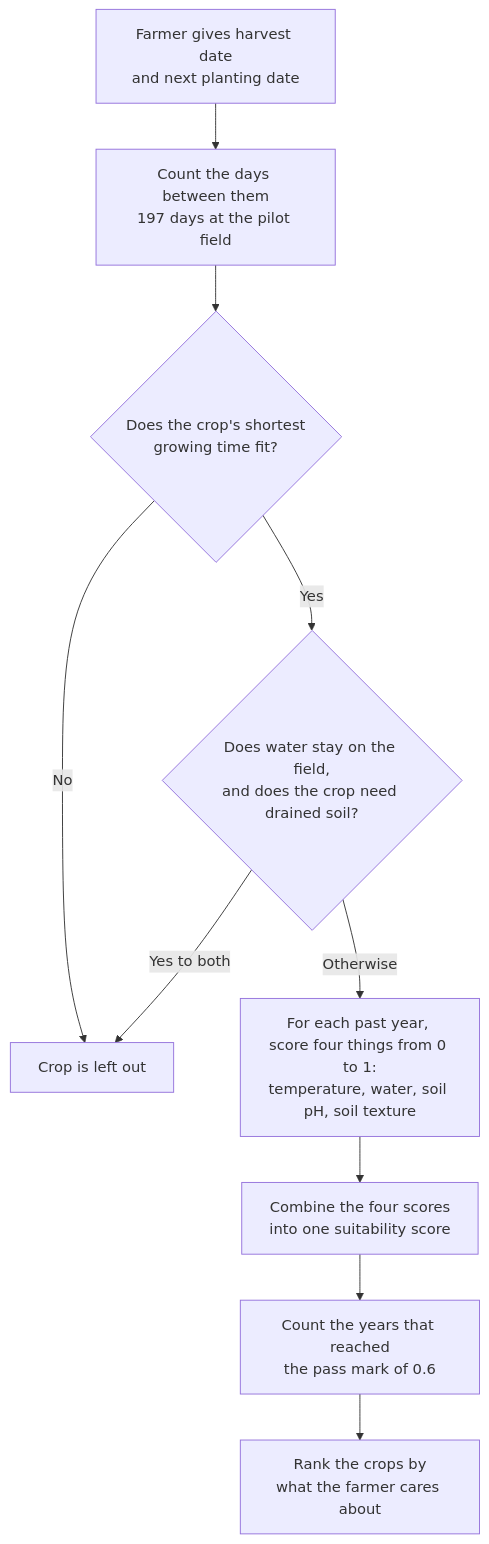
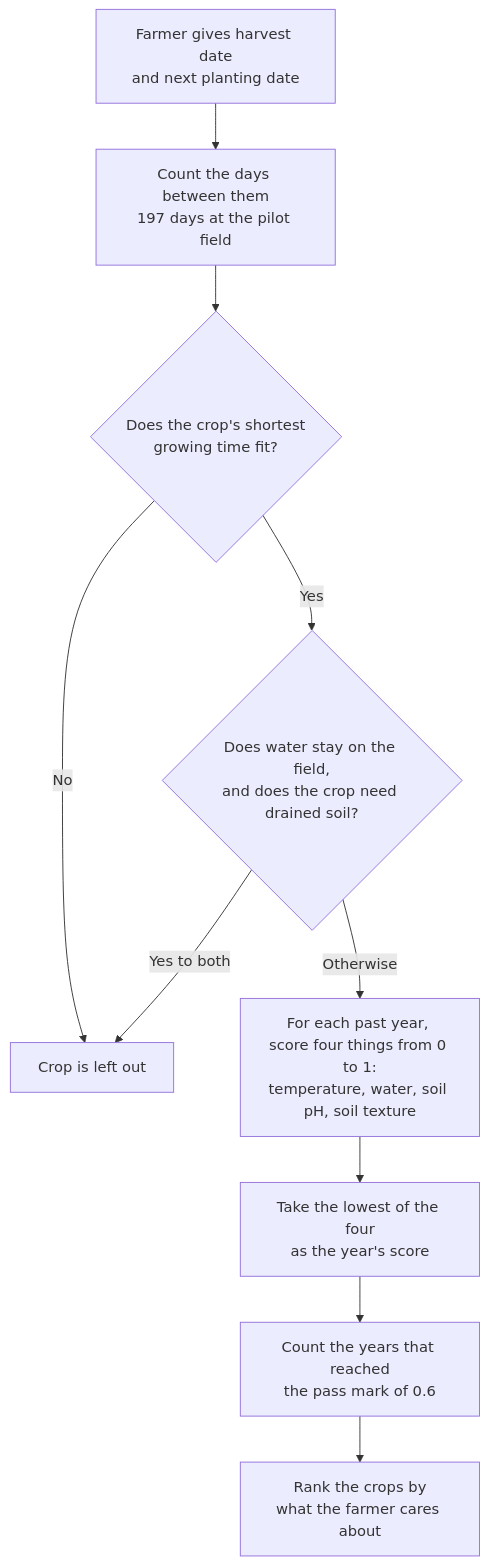
One commit to GizaRoi/aninow-klima changed the first of 2 diagrams in docs/Model-Explained.md. Above: the diagram before and after it, drawn with Mermaid. The commit also changed other lines of this file and 29 other files, not shown here.

````diff
--- a/docs/Model-Explained.md
+++ b/docs/Model-Explained.md
@@ -63,12 +64,12 @@
 ```mermaid
 flowchart TD
     A[Farmer gives harvest date<br/>and next planting date] --> B[Count the days between them<br/>197 days at the pilot field]
     B --> C{Does the crop's shortest<br/>growing time fit?}
     C -- No --> X[Crop is left out]
     C -- Yes --> D{Does water stay on the field,<br/>and does the crop need drained soil?}
     D -- Yes to both --> X
     D -- Otherwise --> E[For each past year, score four things from 0 to 1:<br/>temperature, water, soil pH, soil texture]
-    E --> F[Combine the four scores<br/>into one suitability score]
+    E --> F[Take the lowest of the four<br/>as the year's score]
     F --> G[Count the years that reached<br/>the pass mark of 0.6]
     G --> H[Rank the crops by<br/>what the farmer cares about]
 ```
````
